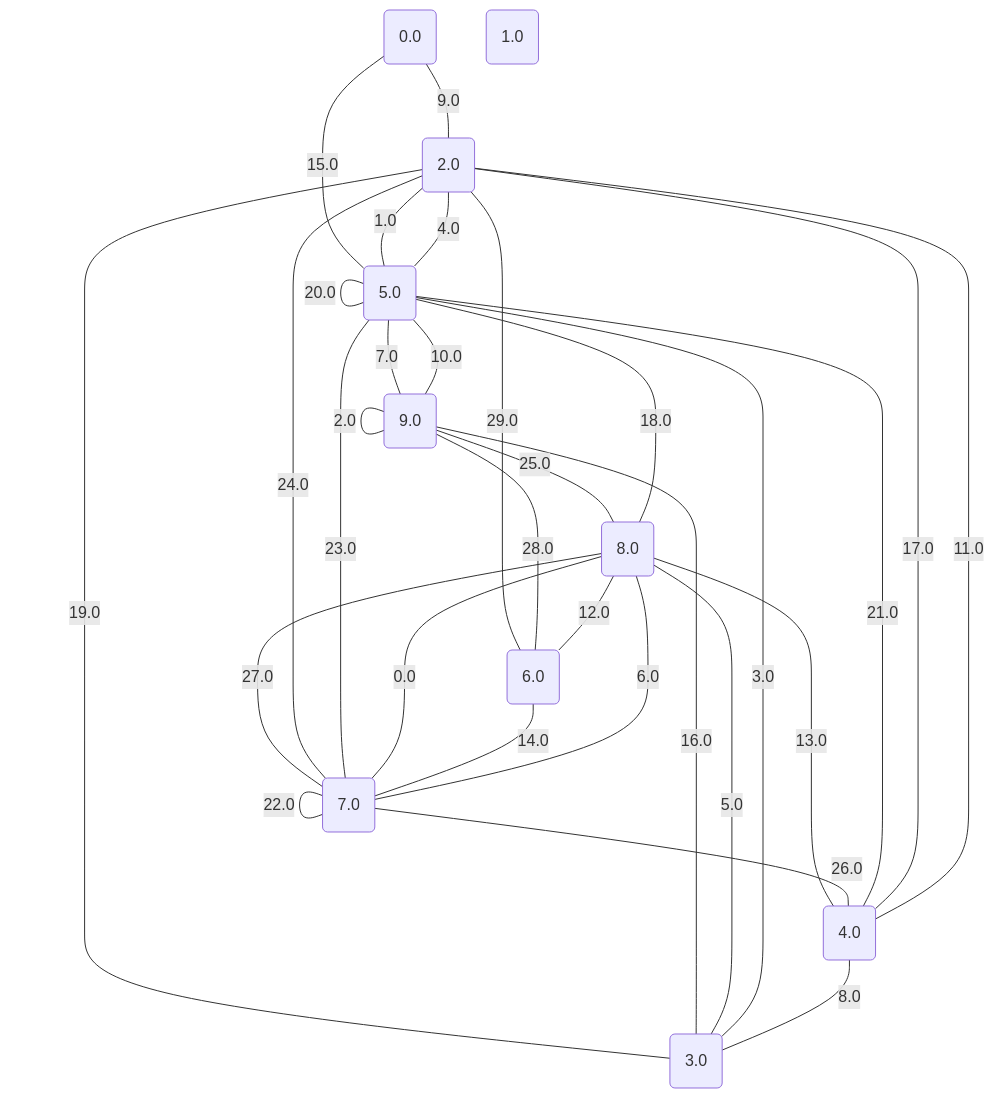
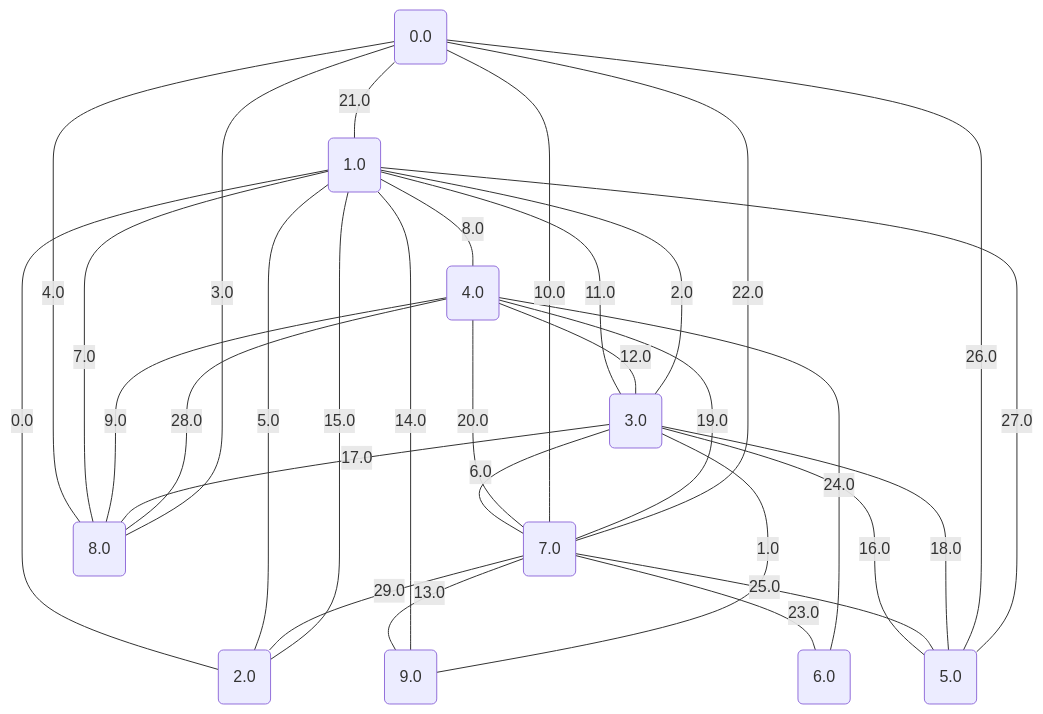
The diagram in project/src/testing/graphs/5.md (metury/graphs), drawn with Mermaid before and after one commit. The commit also changed 52 other files, not shown here.

````diff
--- a/project/src/testing/graphs/5.md
+++ b/project/src/testing/graphs/5.md
@@ -1,43 +1,43 @@
 ```mermaid
 graph TD;
 0("0.0");
 1("1.0");
 2("2.0");
 3("3.0");
 4("4.0");
 5("5.0");
 6("6.0");
 7("7.0");
 8("8.0");
 9("9.0");
-	7 -- "0.0" --- 8;
-	5 -- "1.0" --- 2;
-	9 -- "2.0" --- 9;
-	3 -- "3.0" --- 5;
-	2 -- "4.0" --- 5;
-	3 -- "5.0" --- 8;
-	8 -- "6.0" --- 7;
-	9 -- "7.0" --- 5;
-	4 -- "8.0" --- 3;
-	0 -- "9.0" --- 2;
-	5 -- "10.0" --- 9;
-	2 -- "11.0" --- 4;
-	8 -- "12.0" --- 6;
-	4 -- "13.0" --- 8;
-	6 -- "14.0" --- 7;
-	5 -- "15.0" --- 0;
-	3 -- "16.0" --- 9;
-	2 -- "17.0" --- 4;
-	5 -- "18.0" --- 8;
-	3 -- "19.0" --- 2;
-	5 -- "20.0" --- 5;
-	5 -- "21.0" --- 4;
-	7 -- "22.0" --- 7;
-	7 -- "23.0" --- 5;
-	7 -- "24.0" --- 2;
-	9 -- "25.0" --- 8;
-	7 -- "26.0" --- 4;
-	7 -- "27.0" --- 8;
-	6 -- "28.0" --- 9;
-	6 -- "29.0" --- 2;
+	1 -- "0.0" --- 2;
+	9 -- "1.0" --- 3;
+	3 -- "2.0" --- 1;
+	8 -- "3.0" --- 0;
+	0 -- "4.0" --- 8;
+	1 -- "5.0" --- 2;
+	3 -- "6.0" --- 7;
+	1 -- "7.0" --- 8;
+	1 -- "8.0" --- 4;
+	4 -- "9.0" --- 8;
+	7 -- "10.0" --- 0;
+	1 -- "11.0" --- 3;
+	4 -- "12.0" --- 3;
+	7 -- "13.0" --- 9;
+	1 -- "14.0" --- 9;
+	2 -- "15.0" --- 1;
+	3 -- "16.0" --- 5;
+	3 -- "17.0" --- 8;
+	5 -- "18.0" --- 3;
+	7 -- "19.0" --- 4;
+	4 -- "20.0" --- 7;
+	0 -- "21.0" --- 1;
+	7 -- "22.0" --- 0;
+	7 -- "23.0" --- 6;
+	4 -- "24.0" --- 6;
+	7 -- "25.0" --- 5;
+	5 -- "26.0" --- 0;
+	5 -- "27.0" --- 1;
+	4 -- "28.0" --- 8;
+	7 -- "29.0" --- 2;
 ```
````
